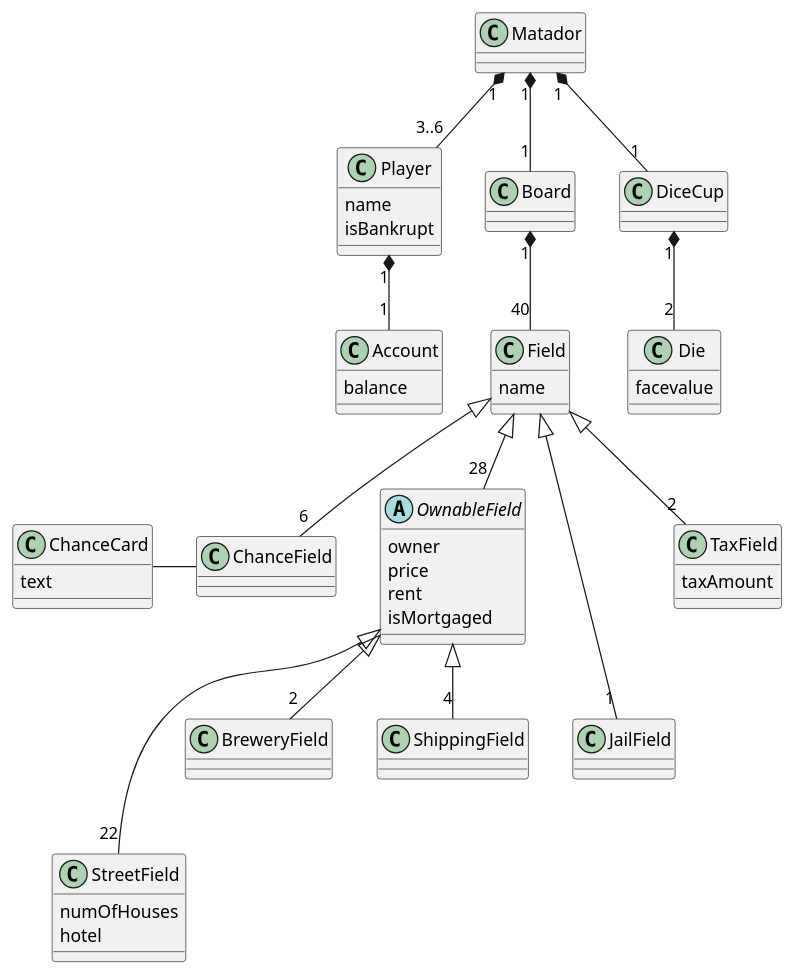
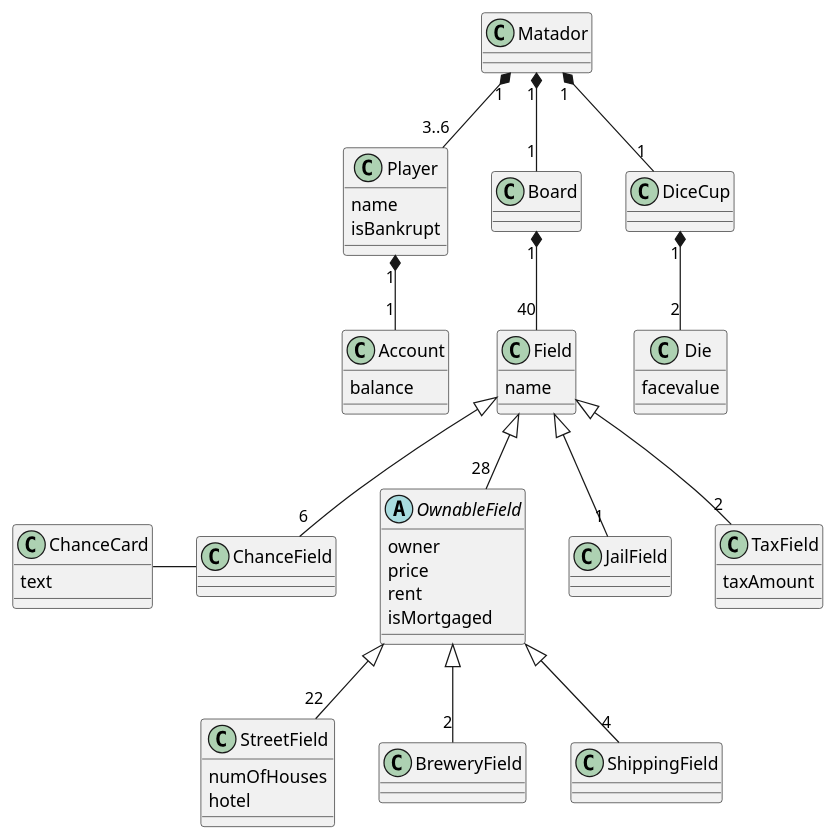
One commit to GabeKierk889/gruppe-18 changed the diagram in 18_final/UML/DomainModel.puml. Above: the diagram before and after it, drawn with PlantUML.

Commit message:
updated domain model

```diff
--- a/18_final/UML/DomainModel.puml
+++ b/18_final/UML/DomainModel.puml
@@ -1,87 +1,87 @@
 @startuml
 'https://plantuml.com/class-diagram
 skinparam classAttributeIconSize 0
 
 class Matador {
 
 }
 
 class Player {
     name
     isBankrupt
 }
 
 class Board {
 
 }
 
 class Field {
     name
 }
 
 class Account {
     balance
 }
 
 class DiceCup {
 
 }
 
 class Die {
     facevalue
 
 }
 
 class ChanceCard {
     text
 }
 
 abstract class OwnableField {
         owner
         price
         rent
         isMortgaged
 }
 
 class StreetField {
     numOfHouses
     hotel
 }
 
 class BreweryField {
 
 }
 
 class ShippingField {
 
 }
 
 class ChanceField {
 
 }
 
 class JailField {
 
 }
 
 class TaxField {
     taxAmount
 }
 
 Matador "1" *-- "1" Board
 Matador "1" *-- "1" DiceCup
 Matador "1" *-- "3..6" Player
 Player "1" *-- "1" Account
 Board "1" *-- "40" Field
-OwnableField <|--- "22" StreetField
+OwnableField <|-- "22" StreetField
 Field <|-- "6" ChanceField
-Field <|--- "1" JailField
+Field <|-- "1" JailField
 ChanceCard - ChanceField
 DiceCup "1" *-- "2" Die
 Field <|-- "28" OwnableField
 OwnableField <|-- "2" BreweryField
 OwnableField <|-- "4" ShippingField
 Field <|-- "2" TaxField
 
 
 @enduml
```
